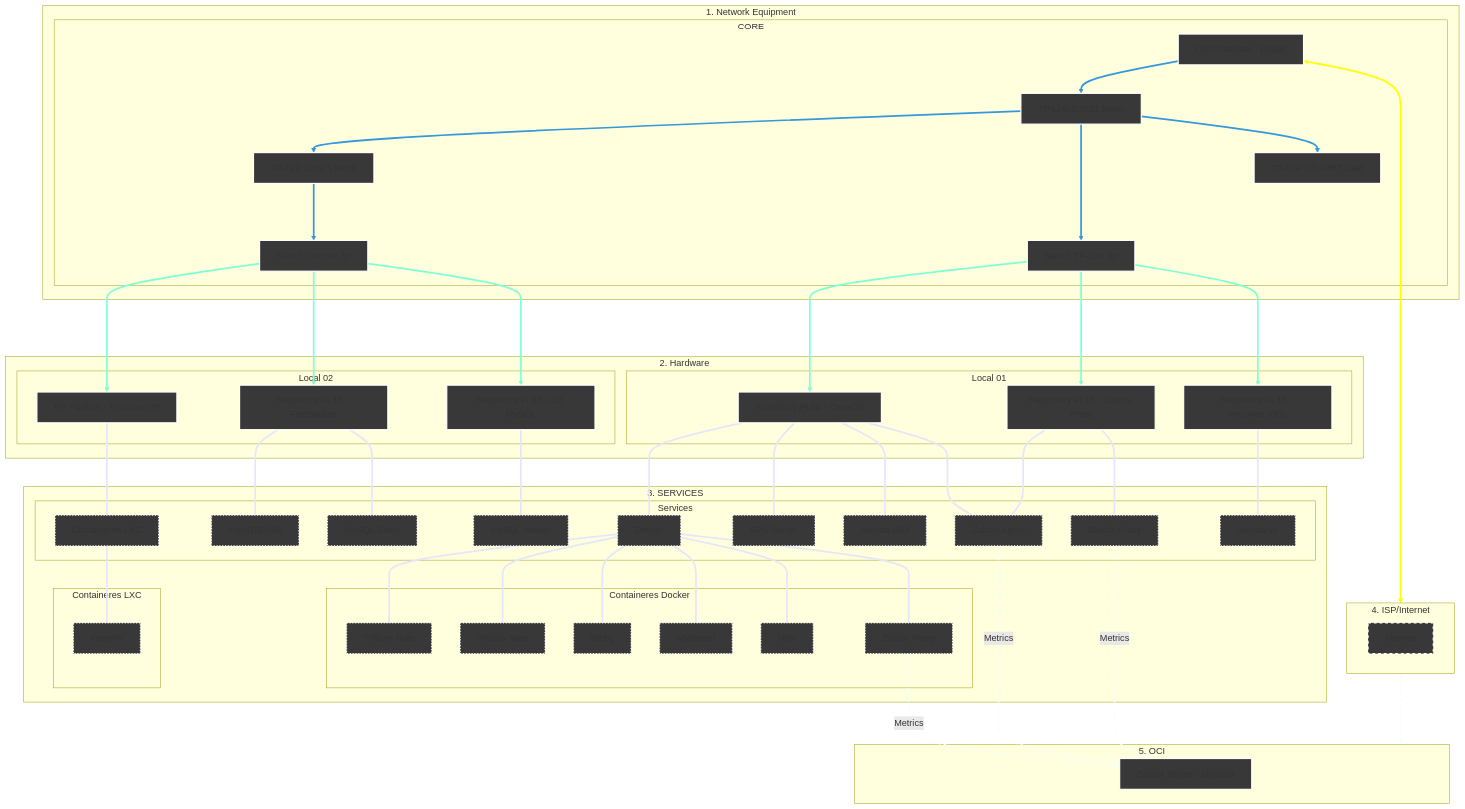
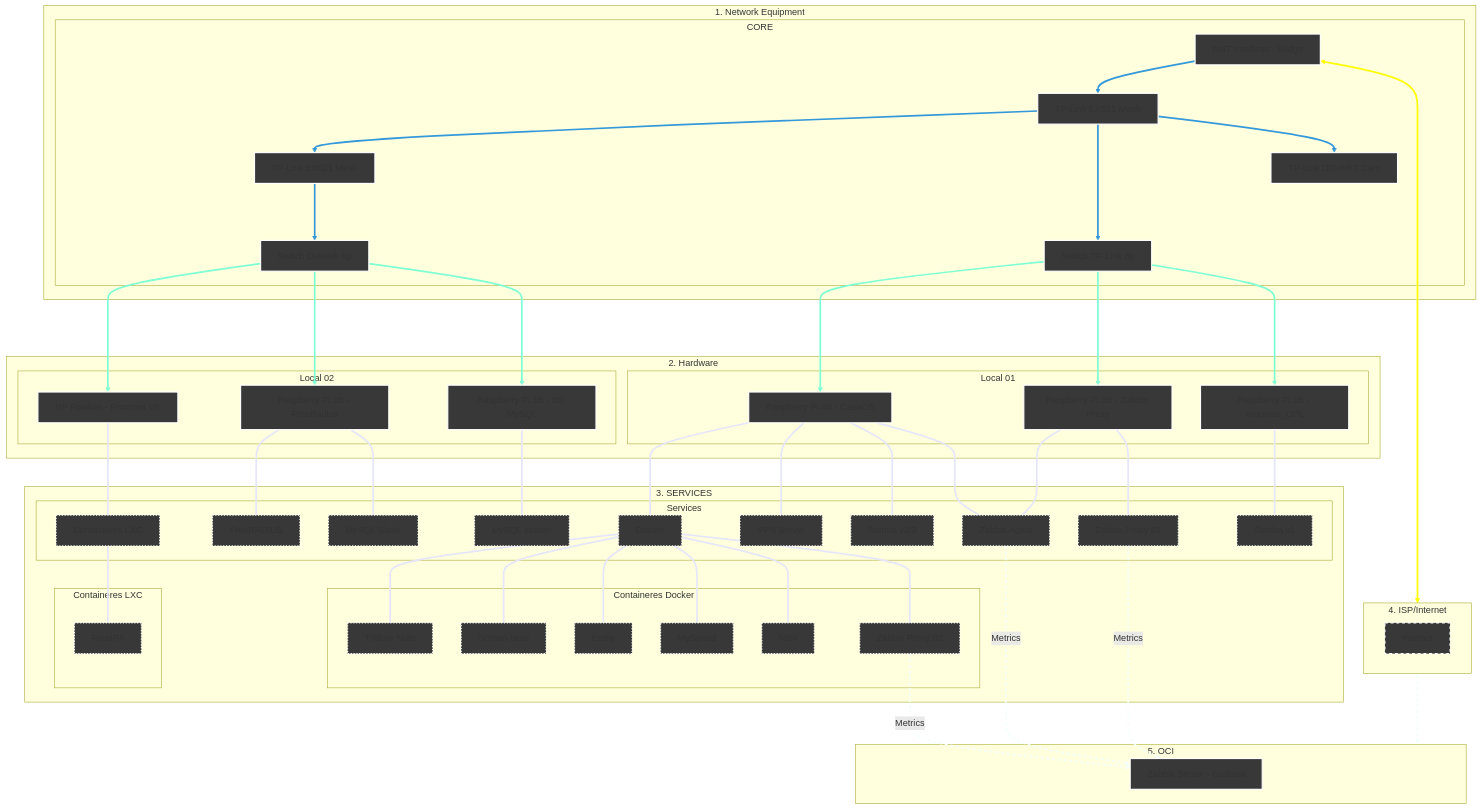
The diagram in Infrastructure/README.md (kevindexter22/Dr-Hardware-Autonet), drawn with Mermaid before and after one commit.

Commit message:
Update Zabbix Proxy labels in README

```diff
--- a/Infrastructure/README.md
+++ b/Infrastructure/README.md
@@ -56,7 +56,7 @@
         RPi4B --- SMB2[Samba v2/3]:::services
         RPi4B --- ZA[Zabbix Agent]:::services
         RPi3B_2 --- ZA[Zabbix Agent]:::services
-        RPi3B_2 --- ZP01[Zabbix Proxy]:::services
+        RPi3B_2 --- ZP01[Zabbix Proxy 01]:::services
         RPi3B_1 --- SMB1[Samba v1]:::services
     end
     subgraph S5 [Containeres LXC];
@@ -68,7 +68,7 @@
         Docker --- EMBY[Emby]:::services
         Docker --- MSPEED[MySpeed]:::services
         Docker --- N8N[N8N]:::services
-        Docker --- ZP02[Zabbix Proxy]:::services
+        Docker --- ZP02[Zabbix Proxy 02]:::services
     end
     end
 
```
